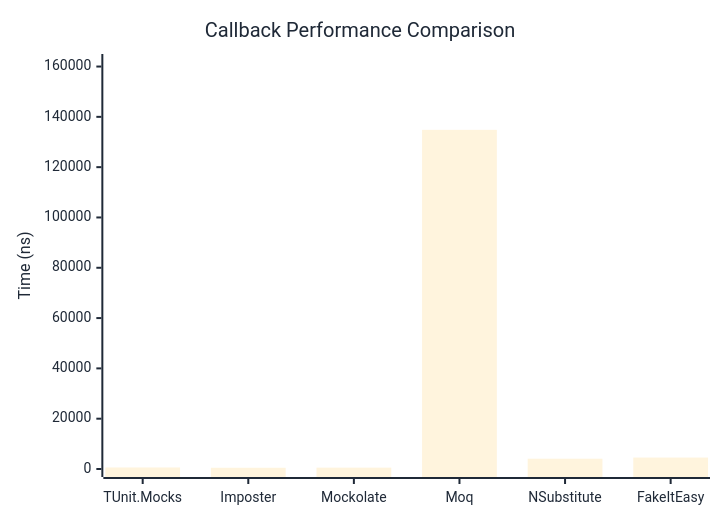
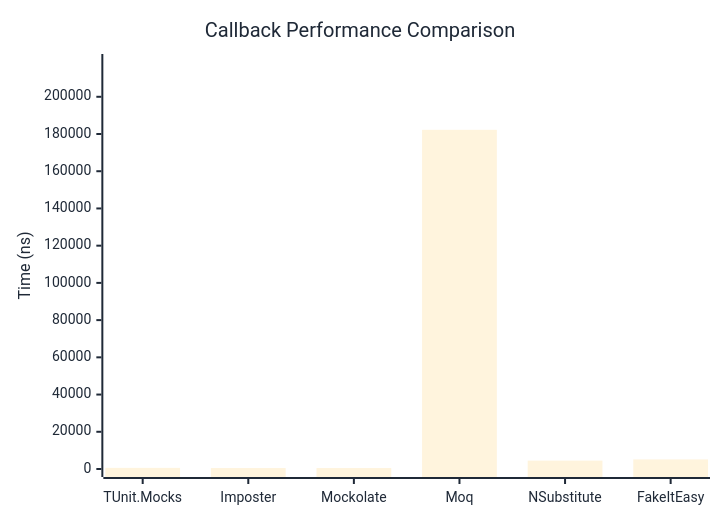
One commit to thomhurst/TUnit changed the first of 2 diagrams in docs/docs/benchmarks/mocks/Callback.md. Above: the diagram before and after it, drawn with Mermaid. The commit also changed other lines of this file and 14 other files, not shown here.

````diff
--- a/docs/docs/benchmarks/mocks/Callback.md
+++ b/docs/docs/benchmarks/mocks/Callback.md
@@ -28,27 +28,27 @@
 ```mermaid
 %%{init: {
   'theme':'base',
   'themeVariables': {
     'primaryColor': '#2563eb',
     'primaryTextColor': '#1f2937',
     'primaryBorderColor': '#1e40af',
     'lineColor': '#6b7280',
     'secondaryColor': '#7c3aed',
     'tertiaryColor': '#dc2626',
     'background': '#ffffff',
     'pie1': '#2563eb',
     'pie2': '#7c3aed',
     'pie3': '#dc2626',
     'pie4': '#f59e0b',
     'pie5': '#10b981',
     'pie6': '#06b6d4',
     'pie7': '#ec4899',
     'pie8': '#6366f1'
   }
 }}%%
 xychart-beta
   title "Callback Performance Comparison"
   x-axis ["TUnit.Mocks", "Imposter", "Mockolate", "Moq", "NSubstitute", "FakeItEasy"]
-  y-axis "Time (ns)" 0 --> 161804
-  bar [609.5, 491.2, 534.4, 134836.4, 4094.8, 4547.9]
+  y-axis "Time (ns)" 0 --> 218689
+  bar [604.3, 506.4, 512.6, 182240.5, 4501.5, 5148.5]
 ```
````
